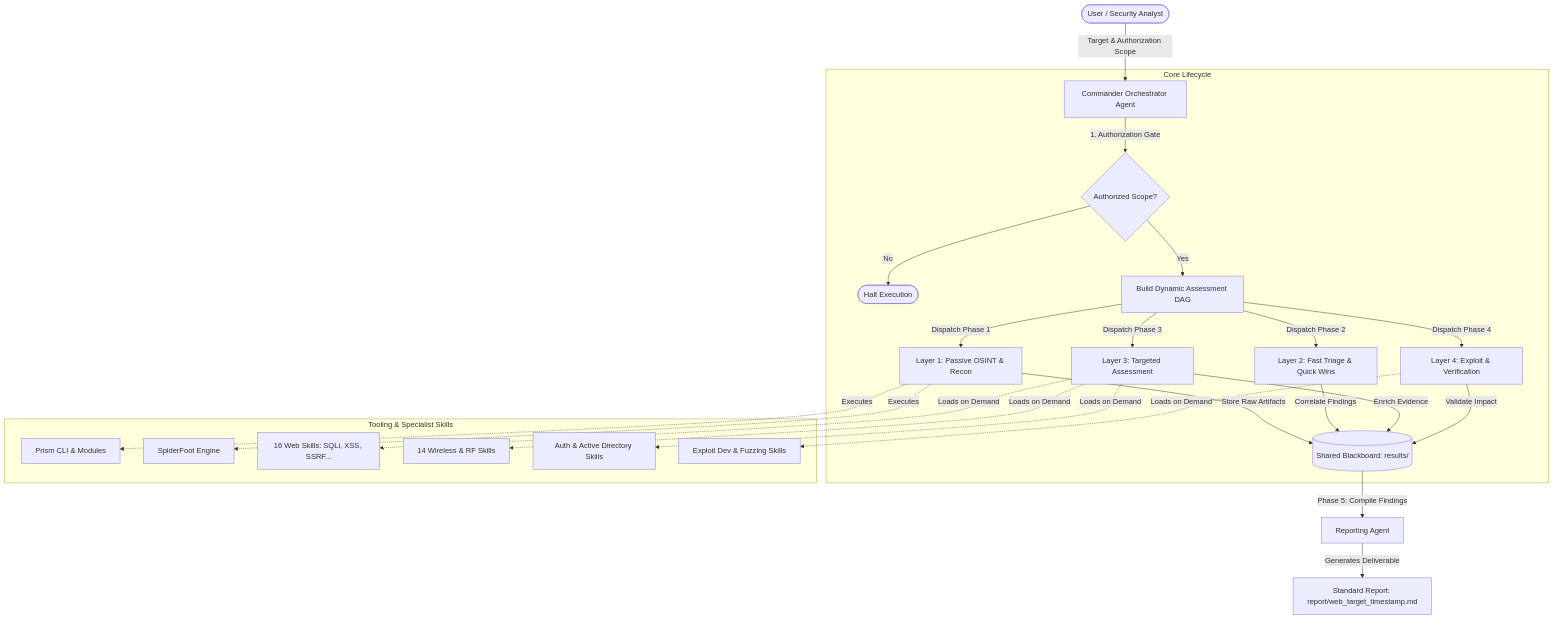
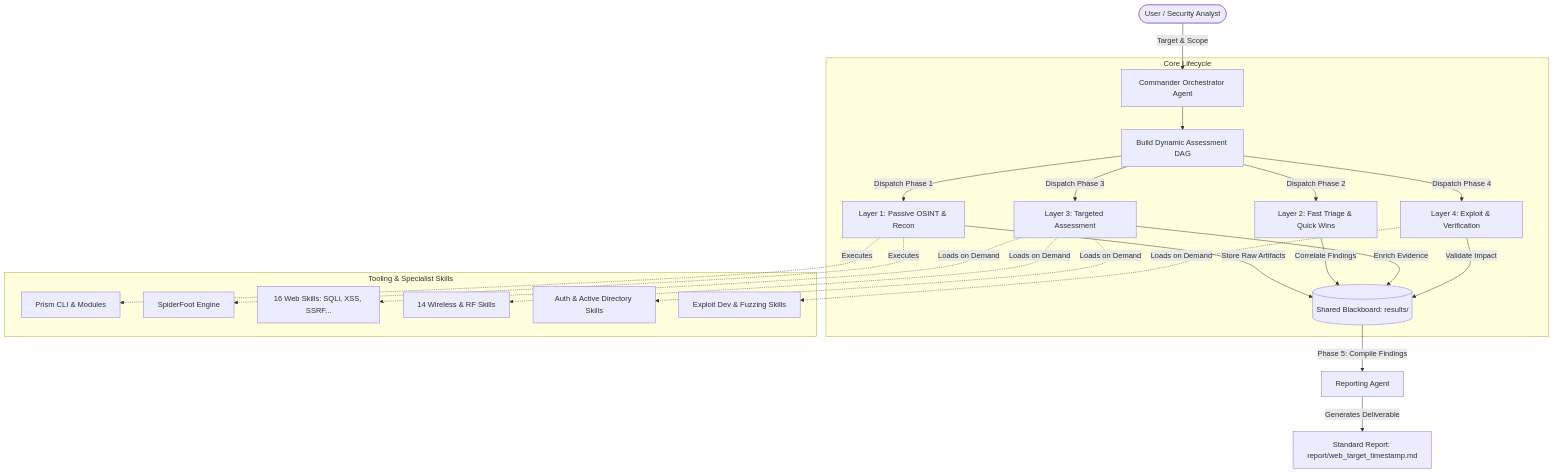
One commit to digimetalab/dmlab.ceh changed the diagram in README.md. Above: the diagram before and after it, drawn with Mermaid. The commit also changed other lines of this file and 8 other files, not shown here.

First line of the commit message:
docs: remove authorization gate restrictions for consistent unrestricted use

````diff
--- a/README.md
+++ b/README.md
@@ -30,32 +30,30 @@
 ```mermaid
 graph TD
-    User([User / Security Analyst]) -->|Target & Authorization Scope| Commander[Commander Orchestrator Agent]
+    User([User / Security Analyst]) -->|Target & Scope| Commander[Commander Orchestrator Agent]
     
     subgraph Core Lifecycle
-        Commander -->|1. Authorization Gate| AuthCheck{Authorized Scope?}
-        AuthCheck -->|No| Stop([Halt Execution])
-        AuthCheck -->|Yes| DAG[Build Dynamic Assessment DAG]
+        Commander --> DAG[Build Dynamic Assessment DAG]
         
         DAG -->|Dispatch Phase 1| ReconLayer[Layer 1: Passive OSINT & Recon]
         DAG -->|Dispatch Phase 2| FastTriage[Layer 2: Fast Triage & Quick Wins]
         DAG -->|Dispatch Phase 3| AssessmentLayer[Layer 3: Targeted Assessment]
         DAG -->|Dispatch Phase 4| DeepLayer[Layer 4: Exploit & Verification]
         
         ReconLayer -->|Store Raw Artifacts| Blackboard[(Shared Blackboard: results/)]
         FastTriage -->|Correlate Findings| Blackboard
         AssessmentLayer -->|Enrich Evidence| Blackboard
         DeepLayer -->|Validate Impact| Blackboard
     end
     
     subgraph Tooling & Specialist Skills
         ReconLayer -.->|Executes| PrismCLI[Prism CLI & Modules]
         ReconLayer -.->|Executes| SpiderFoot[SpiderFoot Engine]
         AssessmentLayer -.->|Loads on Demand| WebSkills[16 Web Skills: SQLi, XSS, SSRF...]
         AssessmentLayer -.->|Loads on Demand| NetSkills[14 Wireless & RF Skills]
         AssessmentLayer -.->|Loads on Demand| IAMSkills[Auth & Active Directory Skills]
         DeepLayer -.->|Loads on Demand| ExploitSkills[Exploit Dev & Fuzzing Skills]
     end
     
     Blackboard -->|Phase 5: Compile Findings| ReportAgent[Reporting Agent]
     ReportAgent -->|Generates Deliverable| OutputDoc[Standard Report: report/web_target_timestamp.md]
 ```
````
